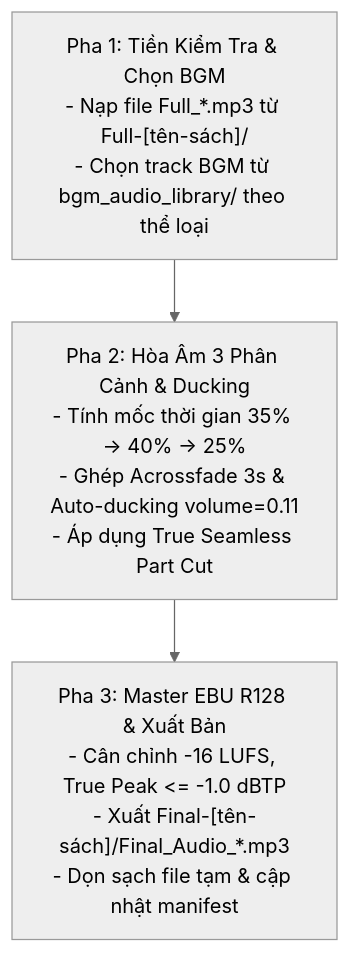
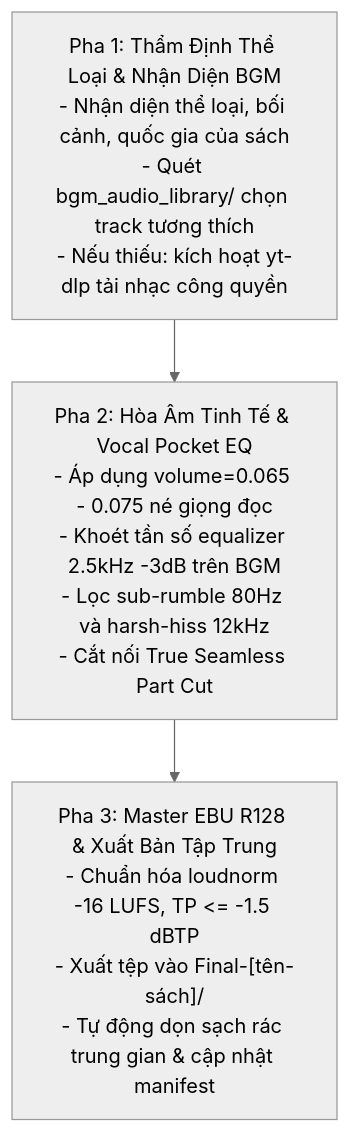
The diagram in .gemini/skills/arf_10_bgm_dynamic_mixer/SKILL.md (tibe2109/audio-book-refactor), drawn with Mermaid (neutral theme) before and after one commit. The commit also changed other lines of this file and 657 other files, not shown here.

````diff
--- a/.gemini/skills/arf_10_bgm_dynamic_mixer/SKILL.md
+++ b/.gemini/skills/arf_10_bgm_dynamic_mixer/SKILL.md
@@ -47,5 +76,5 @@
 ```mermaid
 flowchart TD
-    P1["Pha 1: Tiền Kiểm Tra & Chọn BGM\n- Nạp file Full_*.mp3 từ Full-[tên-sách]/\n- Chọn track BGM từ bgm_audio_library/ theo thể loại"] --> P2["Pha 2: Hòa Âm 3 Phân Cảnh & Ducking\n- Tính mốc thời gian 35% -> 40% -> 25%\n- Ghép Acrossfade 3s & Auto-ducking volume=0.11\n- Áp dụng True Seamless Part Cut"]
-    P2 --> P3["Pha 3: Master EBU R128 & Xuất Bản\n- Cân chỉnh -16 LUFS, True Peak <= -1.0 dBTP\n- Xuất Final-[tên-sách]/Final_Audio_*.mp3\n- Dọn sạch file tạm & cập nhật manifest"]
+    P1["Pha 1: Thẩm Định Thể Loại & Nhận Diện BGM\n- Nhận diện thể loại, bối cảnh, quốc gia của sách\n- Quét bgm_audio_library/ chọn track tương thích\n- Nếu thiếu: kích hoạt yt-dlp tải nhạc công quyền"] --> P2["Pha 2: Hòa Âm Tinh Tế & Vocal Pocket EQ\n- Áp dụng volume=0.065 - 0.075 né giọng đọc\n- Khoét tần số equalizer 2.5kHz -3dB trên BGM\n- Lọc sub-rumble 80Hz và harsh-hiss 12kHz\n- Cắt nối True Seamless Part Cut"]
+    P2 --> P3["Pha 3: Master EBU R128 & Xuất Bản Tập Trung\n- Chuẩn hóa loudnorm -16 LUFS, TP <= -1.5 dBTP\n- Xuất tệp vào Final-[tên-sách]/\n- Tự động dọn sạch rác trung gian & cập nhật manifest"]
 ```
````
